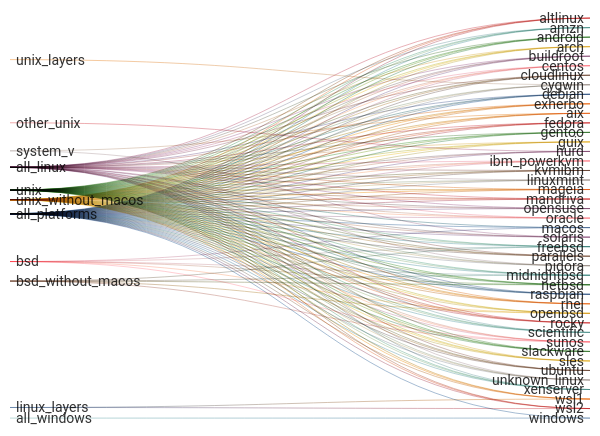
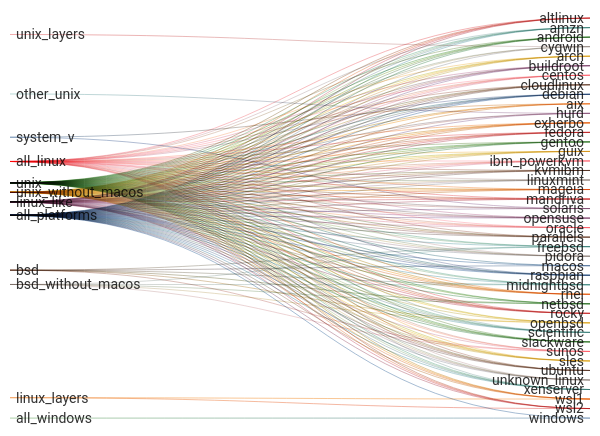
One commit to kdeldycke/extra-platforms changed the first of 3 diagrams in readme.md. Above: the diagram before and after it, drawn with Mermaid. The commit also changed other lines of this file, not shown here.

```diff
--- a/readme.md
+++ b/readme.md
@@ -281,6 +281,38 @@
 unix_without_macos,wsl1,1
 unix_without_macos,wsl2,1
 unix_without_macos,xenserver,1
+linux_like,altlinux,1
+linux_like,amzn,1
+linux_like,android,1
+linux_like,arch,1
+linux_like,buildroot,1
+linux_like,centos,1
+linux_like,cloudlinux,1
+linux_like,debian,1
+linux_like,exherbo,1
+linux_like,fedora,1
+linux_like,gentoo,1
+linux_like,guix,1
+linux_like,ibm_powerkvm,1
+linux_like,kvmibm,1
+linux_like,linuxmint,1
+linux_like,mageia,1
+linux_like,mandriva,1
+linux_like,opensuse,1
+linux_like,oracle,1
+linux_like,parallels,1
+linux_like,pidora,1
+linux_like,raspbian,1
+linux_like,rhel,1
+linux_like,rocky,1
+linux_like,scientific,1
+linux_like,slackware,1
+linux_like,sles,1
+linux_like,ubuntu,1
+linux_like,unknown_linux,1
+linux_like,wsl1,1
+linux_like,wsl2,1
+linux_like,xenserver,1
 all_linux,altlinux,1
 all_linux,amzn,1
 all_linux,android,1
```
